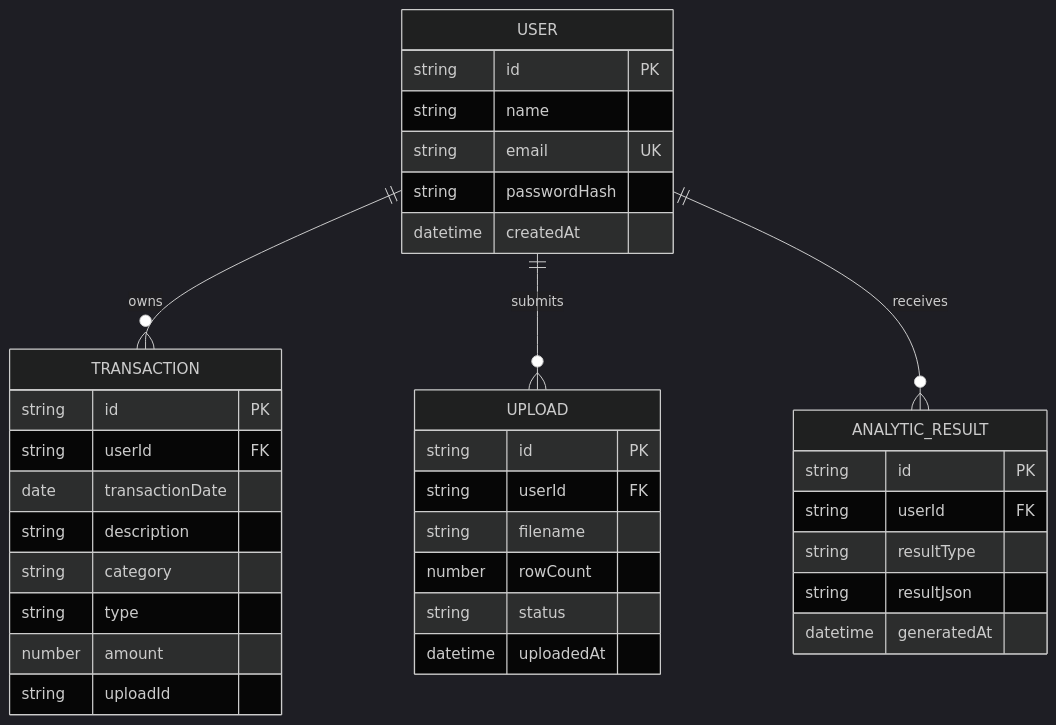
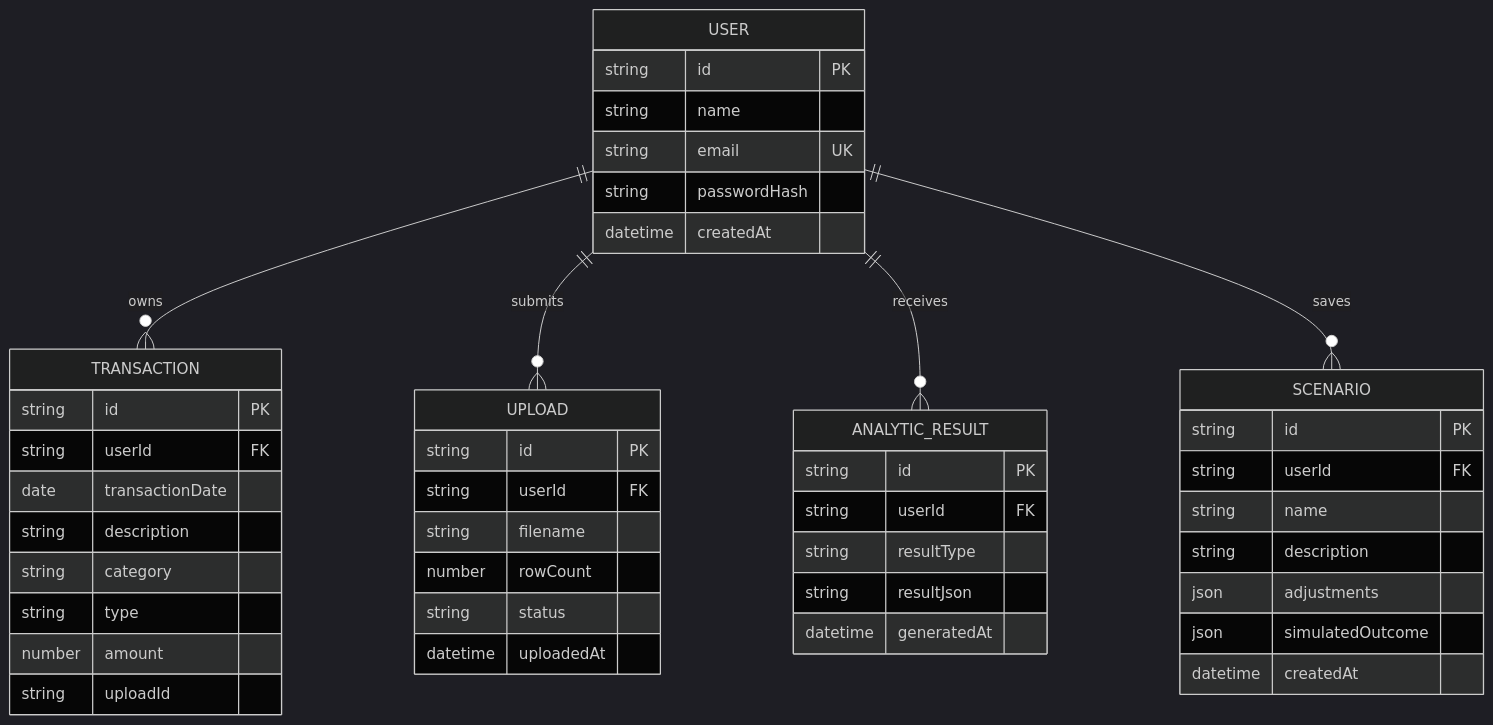
The fourth of 4 diagrams in docs/architecture.md (Amarnath0016/FinSight_AI), drawn with Mermaid (dark theme) before and after one commit. The commit also changed other lines of this file and 15 other files, not shown here.

````diff
--- a/docs/architecture.md
+++ b/docs/architecture.md
@@ -93,42 +100,53 @@
 ```mermaid
 erDiagram
     USER ||--o{ TRANSACTION : owns
     USER ||--o{ UPLOAD : submits
     USER ||--o{ ANALYTIC_RESULT : receives
+    USER ||--o{ SCENARIO : saves
 
     USER {
         string id PK
         string name
         string email UK
         string passwordHash
+        datetime createdAt
+    }
+
+    SCENARIO {
+        string id PK
+        string userId FK
+        string name
+        string description
+        json adjustments
+        json simulatedOutcome
         datetime createdAt
     }
 
     TRANSACTION {
         string id PK
         string userId FK
         date transactionDate
         string description
         string category
         string type
         number amount
         string uploadId
     }
 
     UPLOAD {
         string id PK
         string userId FK
         string filename
         number rowCount
         string status
         datetime uploadedAt
     }
 
     ANALYTIC_RESULT {
         string id PK
         string userId FK
         string resultType
         string resultJson
         datetime generatedAt
     }
 ```
````
